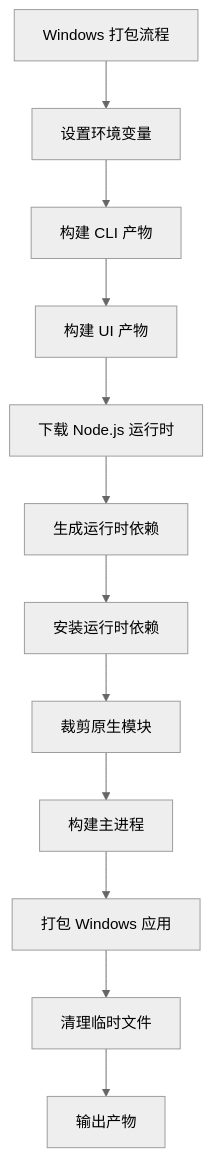
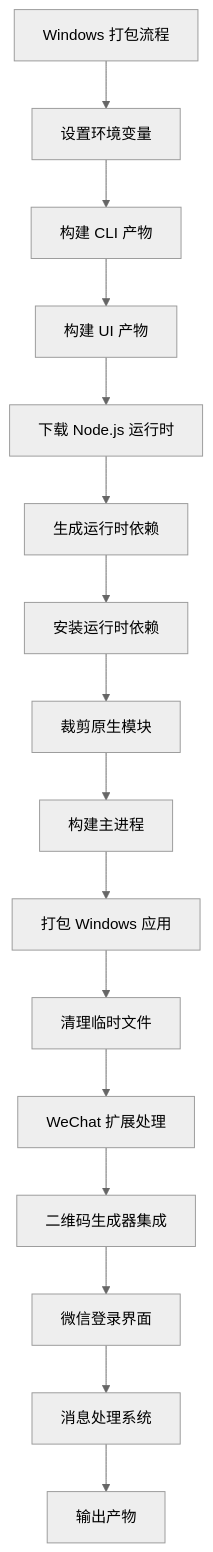
Diagram 12 of 22 in .qoder/repowiki/zh/content/Electron Packaging Configuration.md (verse-ai-org/openclaw), drawn with Mermaid (neutral theme) before and after one commit. The commit also changed other lines of this file and 23 other files, not shown here.

````diff
--- a/.qoder/repowiki/zh/content/Electron Packaging Configuration.md
+++ b/.qoder/repowiki/zh/content/Electron Packaging Configuration.md
@@ -650,14 +748,18 @@
 ```mermaid
 flowchart TD
 A[Windows 打包流程] --> B[设置环境变量]
 B --> C[构建 CLI 产物]
 C --> D[构建 UI 产物]
 D --> E[下载 Node.js 运行时]
 E --> F[生成运行时依赖]
 F --> G[安装运行时依赖]
 G --> H[裁剪原生模块]
 H --> I[构建主进程]
 I --> J[打包 Windows 应用]
 J --> K[清理临时文件]
-K --> L[输出产物]
+K --> L[WeChat 扩展处理]
+L --> M[二维码生成器集成]
+M --> N[微信登录界面]
+N --> O[消息处理系统]
+O --> P[输出产物]
 ```
````
